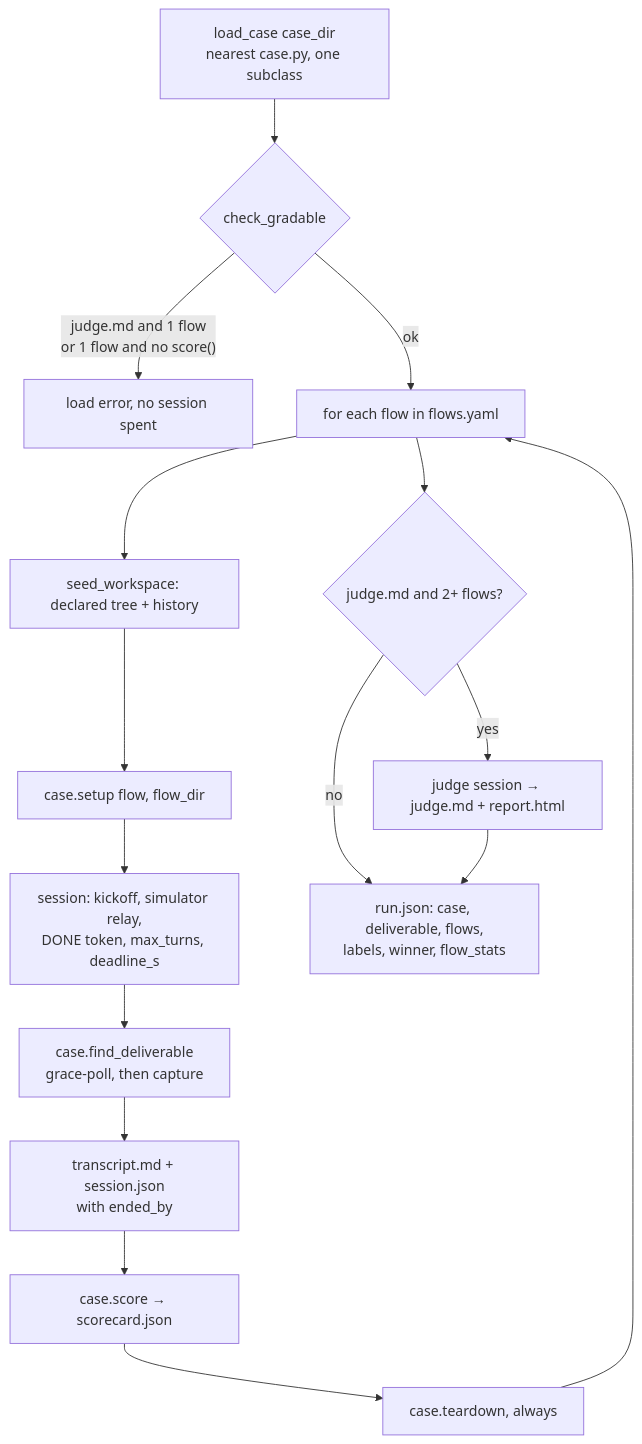
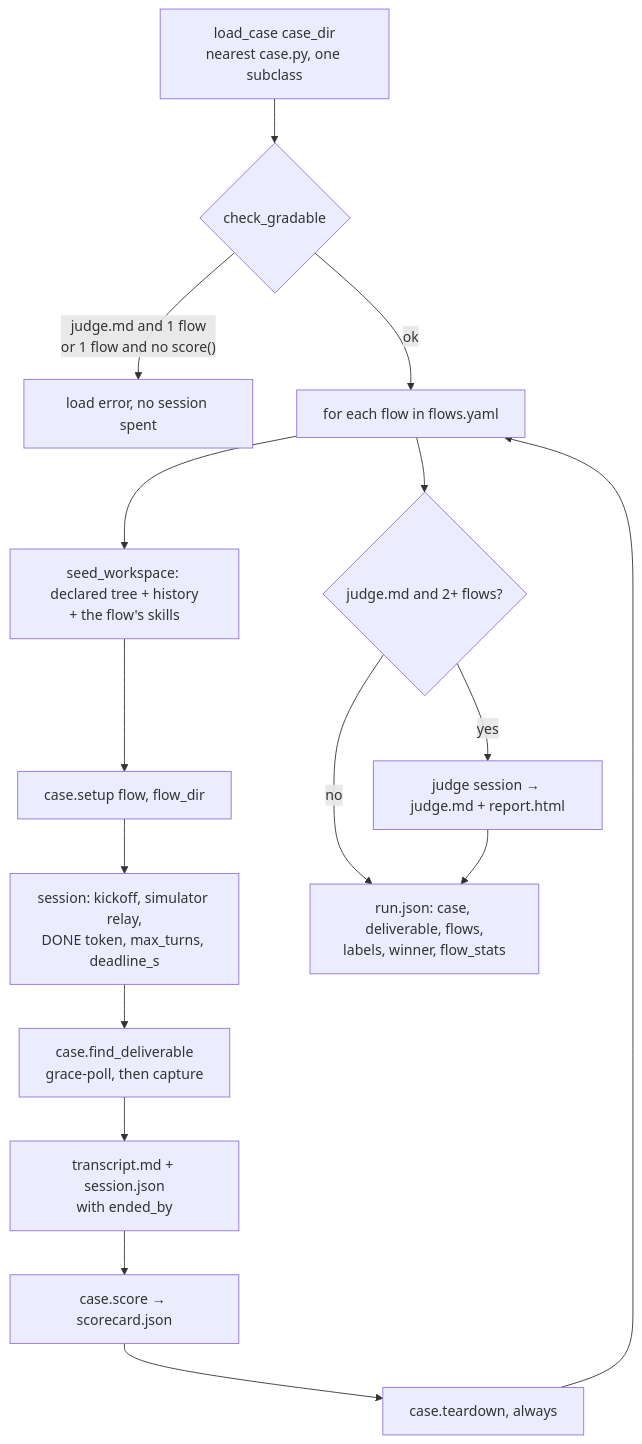
One commit to kzarzycki/flowbench changed the diagram in docs/design/case.md. Above: the diagram before and after it, drawn with Mermaid. The commit also changed other lines of this file and 2 other files, not shown here.

First line of the commit message:
docs: skills live in the workspace, seeded, not in the bundle (#157)

````diff
--- a/docs/design/case.md
+++ b/docs/design/case.md
@@ -182,18 +206,18 @@
 ```mermaid
 flowchart TD
   load[load_case case_dir<br/>nearest case.py, one subclass] --> gate{"check_gradable"}
   gate -- "judge.md and 1 flow<br/>or 1 flow and no score()" --> err[load error, no session spent]
   gate -- ok --> flows[for each flow in flows.yaml]
-  flows --> seed[seed_workspace: declared tree + history]
+  flows --> seed[seed_workspace: declared tree + history<br/>+ the flow's skills]
   seed --> setup[case.setup flow, flow_dir]
   setup --> sess[session: kickoff, simulator relay,<br/>DONE token, max_turns, deadline_s]
   sess --> probe[case.find_deliverable<br/>grace-poll, then capture]
   probe --> write[transcript.md + session.json<br/>with ended_by]
   write --> score[case.score → scorecard.json]
   score --> teardown[case.teardown, always]
   teardown --> flows
   flows --> judged{"judge.md and 2+ flows?"}
   judged -- yes --> judge[judge session → judge.md + report.html]
   judged -- no --> meta
   judge --> meta[run.json: case, deliverable, flows,<br/>labels, winner, flow_stats]
 ```
````
